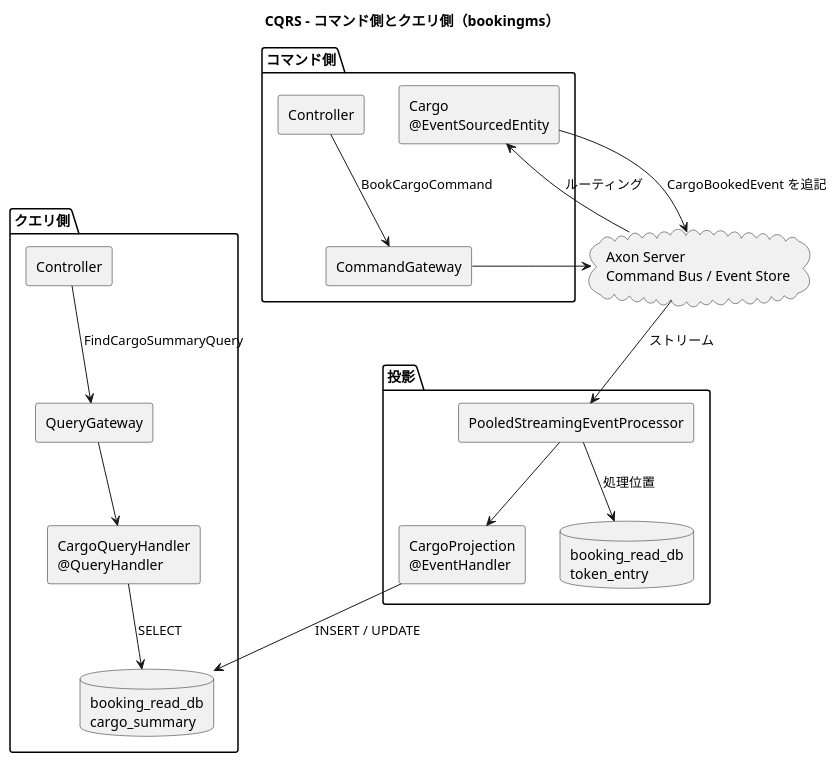
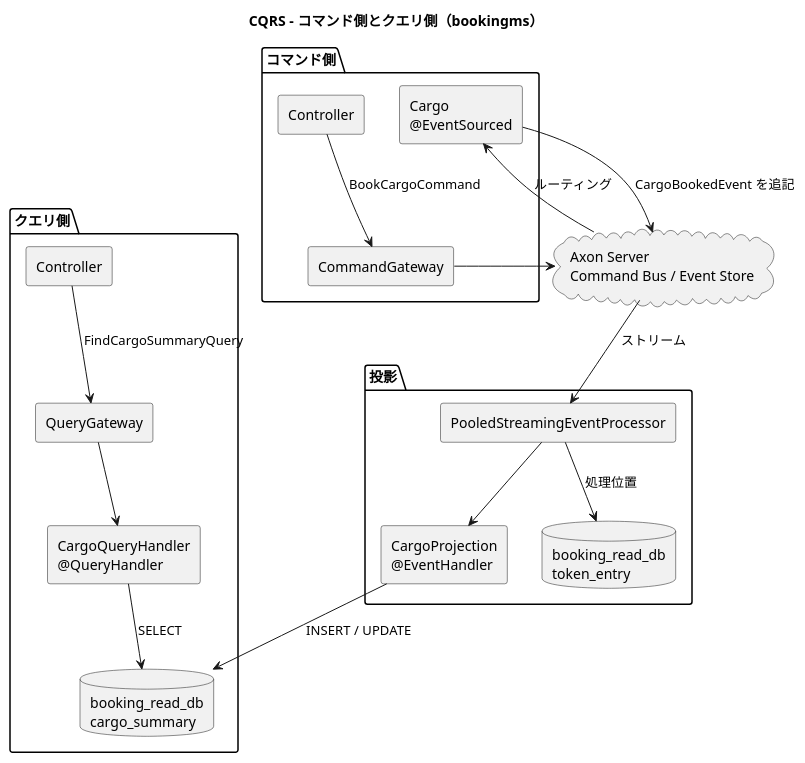
One commit to k2works/case-study-cargo-tracker changed the fourth of 5 diagrams in docs/design/cargo-tracker/architecture_backend.md. Above: the diagram before and after it, drawn with PlantUML. The commit also changed other lines of this file and 18 other files, not shown here.

````diff
--- a/docs/design/cargo-tracker/architecture_backend.md
+++ b/docs/design/cargo-tracker/architecture_backend.md
@@ -356,40 +366,40 @@
 ```plantuml
 @startuml
 title CQRS - コマンド側とクエリ側（bookingms）
 
 skinparam componentStyle rectangle
 
 package "コマンド側" {
   [Controller] as c1
   [CommandGateway] as cg
-  [Cargo\n@EventSourcedEntity] as agg
+  [Cargo\n@EventSourced] as agg
 }
 
 cloud "Axon Server\nCommand Bus / Event Store" as es
 
 package "クエリ側" {
   [Controller] as c2
   [QueryGateway] as qg
   [CargoQueryHandler\n@QueryHandler] as qh
   database "booking_read_db\ncargo_summary" as rm
 }
 
 package "投影" {
   [CargoProjection\n@EventHandler] as proj
   [PooledStreamingEventProcessor] as pep
   database "booking_read_db\ntoken_entry" as tok
 }
 
 c1 --> cg : BookCargoCommand
 cg --> es
 es --> agg : ルーティング
 agg --> es : CargoBookedEvent を追記
 es --> pep : ストリーム
 pep --> proj
 proj --> rm : INSERT / UPDATE
 pep --> tok : 処理位置
 c2 --> qg : FindCargoSummaryQuery
 qg --> qh
 qh --> rm : SELECT
 @enduml
 ```
````
